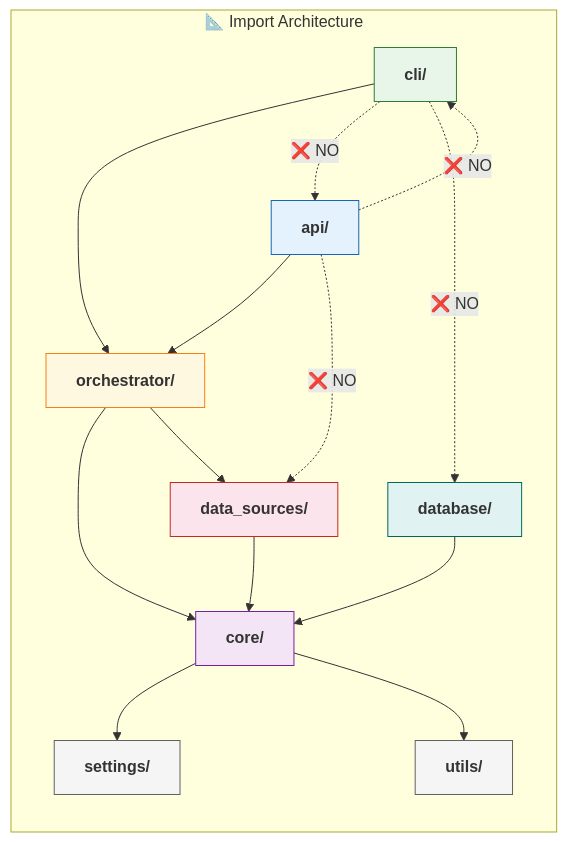
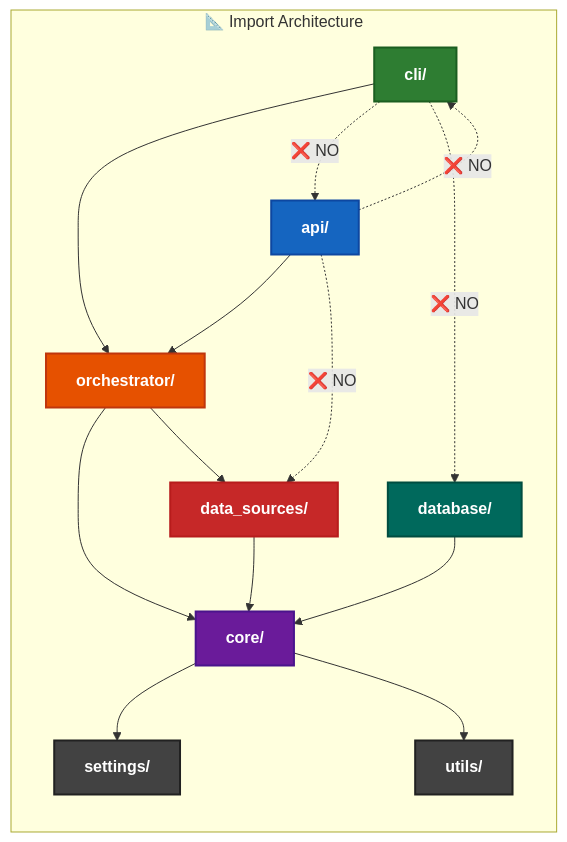
The second of 3 diagrams in docs/ARCHITECTURE.md (code-with-zeeshan/universal-dependency-resolver), drawn with Mermaid before and after one commit. The commit also changed other lines of this file and 5 other files, not shown here.

````diff
--- a/docs/ARCHITECTURE.md
+++ b/docs/ARCHITECTURE.md
@@ -162,35 +162,35 @@
 ```mermaid
 graph LR
     subgraph Layers["📐 Import Architecture"]
         CLI["<b>cli/</b>"]:::cliLayer
         API["<b>api/</b>"]:::apiLayer
         ORCH["<b>orchestrator/</b>"]:::orchLayer
         CORE["<b>core/</b>"]:::coreLayer
         DS["<b>data_sources/</b>"]:::dsLayer
         DB["<b>database/</b>"]:::dbLayer
         SETTINGS["<b>settings/</b>"]:::infra
         UTILS["<b>utils/</b>"]:::infra
     end
 
     CLI --> ORCH
     API --> ORCH
     ORCH --> CORE
     ORCH --> DS
     CORE --> SETTINGS
     CORE --> UTILS
     DB --> CORE
     DS --> CORE
 
     CLI -.->|"❌ NO"| API
     API -.->|"❌ NO"| CLI
     CLI -.->|"❌ NO"| DB
     API -.->|"❌ NO"| DS
 
-    classDef cliLayer fill:#e8f5e9,stroke:#2e7d32
-    classDef apiLayer fill:#e3f2fd,stroke:#1565c0
-    classDef orchLayer fill:#fff8e1,stroke:#f57f17
-    classDef coreLayer fill:#f3e5f5,stroke:#7b1fa2
-    classDef dsLayer fill:#fce4ec,stroke:#c62828
-    classDef dbLayer fill:#e0f2f1,stroke:#00695c
-    classDef infra fill:#f5f5f5,stroke:#616161
+    classDef cliLayer fill:#2e7d32,color:#fff,stroke:#1b5e20,stroke-width:2px
+    classDef apiLayer fill:#1565c0,color:#fff,stroke:#0d47a1,stroke-width:2px
+    classDef orchLayer fill:#e65100,color:#fff,stroke:#bf360c,stroke-width:2px
+    classDef coreLayer fill:#6a1b9a,color:#fff,stroke:#4a148c,stroke-width:2px
+    classDef dsLayer fill:#c62828,color:#fff,stroke:#b71c1c,stroke-width:2px
+    classDef dbLayer fill:#00695c,color:#fff,stroke:#004d40,stroke-width:2px
+    classDef infra fill:#424242,color:#fff,stroke:#212121,stroke-width:2px
 ```
````
